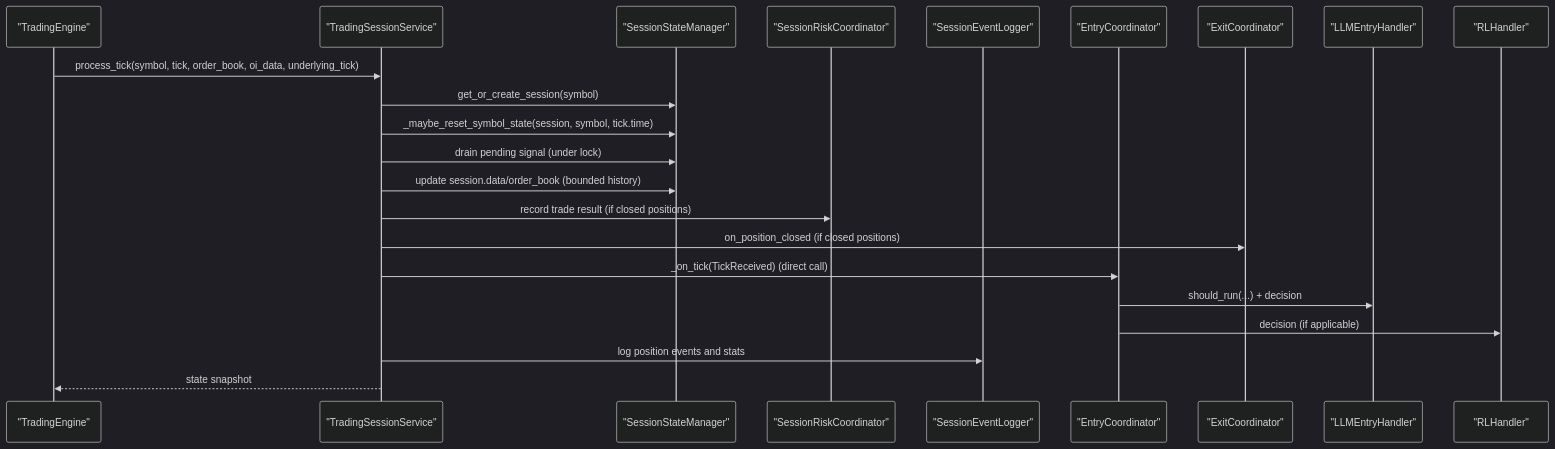
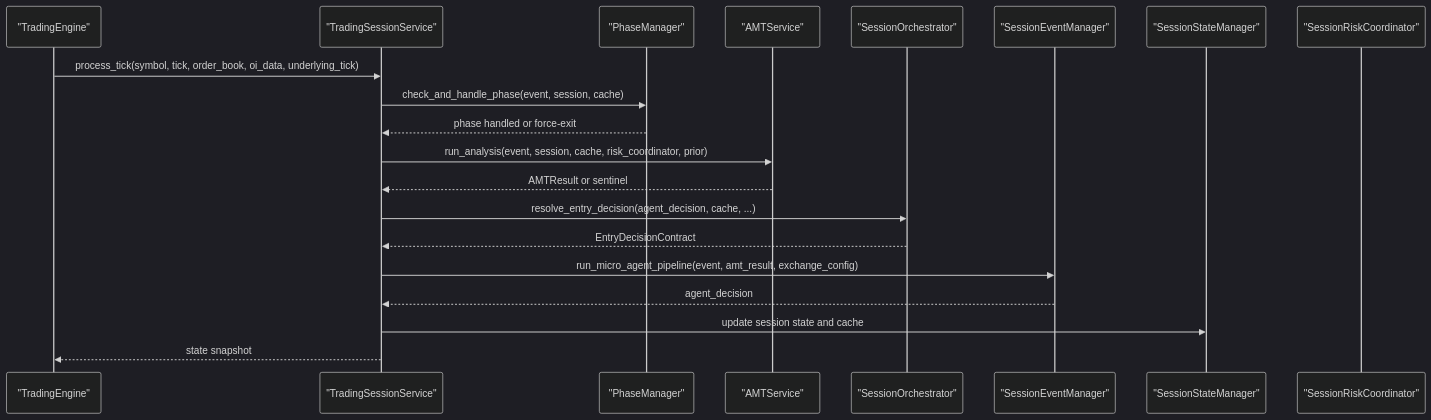
The second of 14 diagrams in .qoder/repowiki/en/content/Backend Application/Core Services/Trading Session Service.md (gemrajkhatry-maker/v5-of-glassytrade-ai), drawn with Mermaid (dark theme) before and after one commit. The commit also changed other lines of this file and 219 other files, not shown here.

First line of the commit message:
refactor: major architecture improvements across backend, backendv2, brokers, and frontend

````diff
--- a/.qoder/repowiki/en/content/Backend Application/Core Services/Trading Session Service.md
+++ b/.qoder/repowiki/en/content/Backend Application/Core Services/Trading Session Service.md
@@ -109,24 +150,22 @@
 ```mermaid
 sequenceDiagram
 participant Engine as "TradingEngine"
 participant TSS as "TradingSessionService"
+participant PM as "PhaseManager"
+participant AMTS as "AMTService"
+participant SO as "SessionOrchestrator"
+participant SER as "SessionEventManager"
 participant SSM as "SessionStateManager"
 participant SRC as "SessionRiskCoordinator"
-participant SEL as "SessionEventLogger"
-participant EC as "EntryCoordinator"
-participant XC as "ExitCoordinator"
-participant LLM as "LLMEntryHandler"
-participant RL as "RLHandler"
 Engine->>TSS : process_tick(symbol, tick, order_book, oi_data, underlying_tick)
-TSS->>SSM : get_or_create_session(symbol)
-TSS->>SSM : _maybe_reset_symbol_state(session, symbol, tick.time)
-TSS->>SSM : drain pending signal (under lock)
-TSS->>SSM : update session.data/order_book (bounded history)
-TSS->>SRC : record trade result (if closed positions)
-TSS->>XC : on_position_closed (if closed positions)
-TSS->>EC : _on_tick(TickReceived) (direct call)
-EC->>LLM : should_run(...) + decision
-EC->>RL : decision (if applicable)
-TSS->>SEL : log position events and stats
+TSS->>PM : check_and_handle_phase(event, session, cache)
+PM-->>TSS : phase handled or force-exit
+TSS->>AMTS : run_analysis(event, session, cache, risk_coordinator, prior)
+AMTS-->>TSS : AMTResult or sentinel
+TSS->>SO : resolve_entry_decision(agent_decision, cache, ...)
+SO-->>TSS : EntryDecisionContract
+TSS->>SER : run_micro_agent_pipeline(event, amt_result, exchange_config)
+SER-->>TSS : agent_decision
+TSS->>SSM : update session state and cache
 TSS-->>Engine : state snapshot
 ```
````
